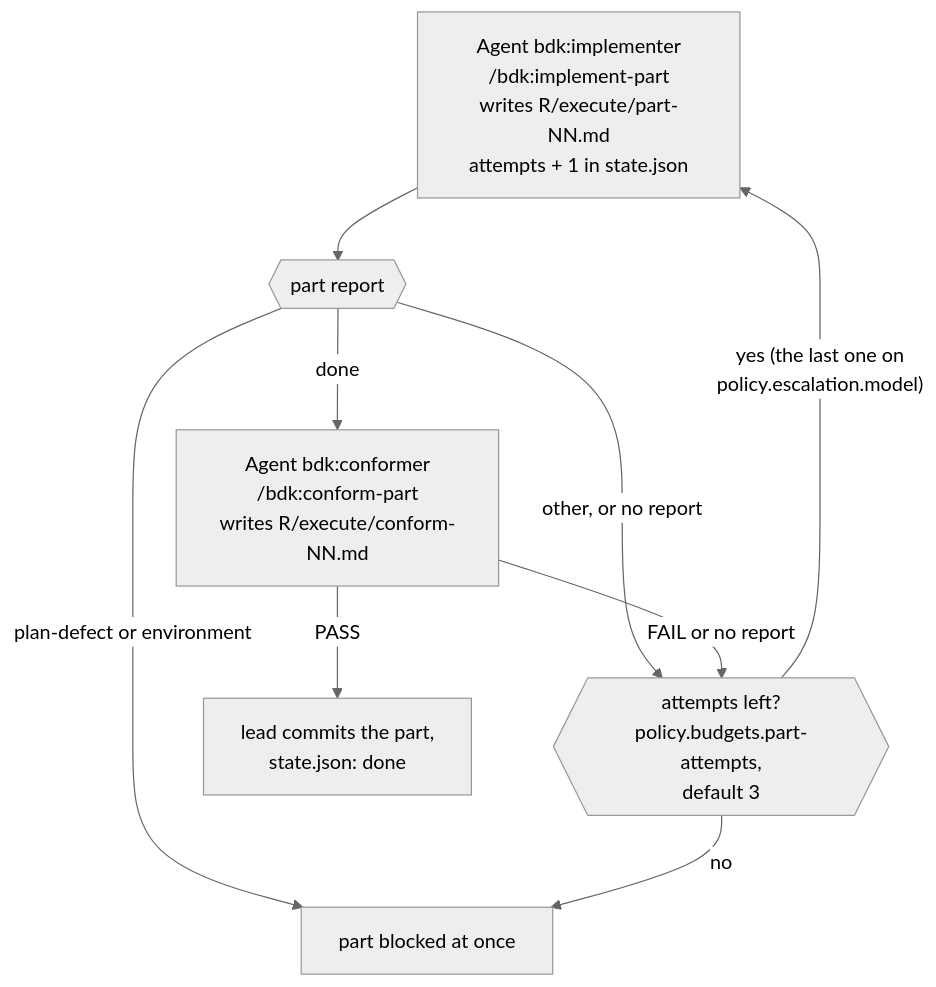
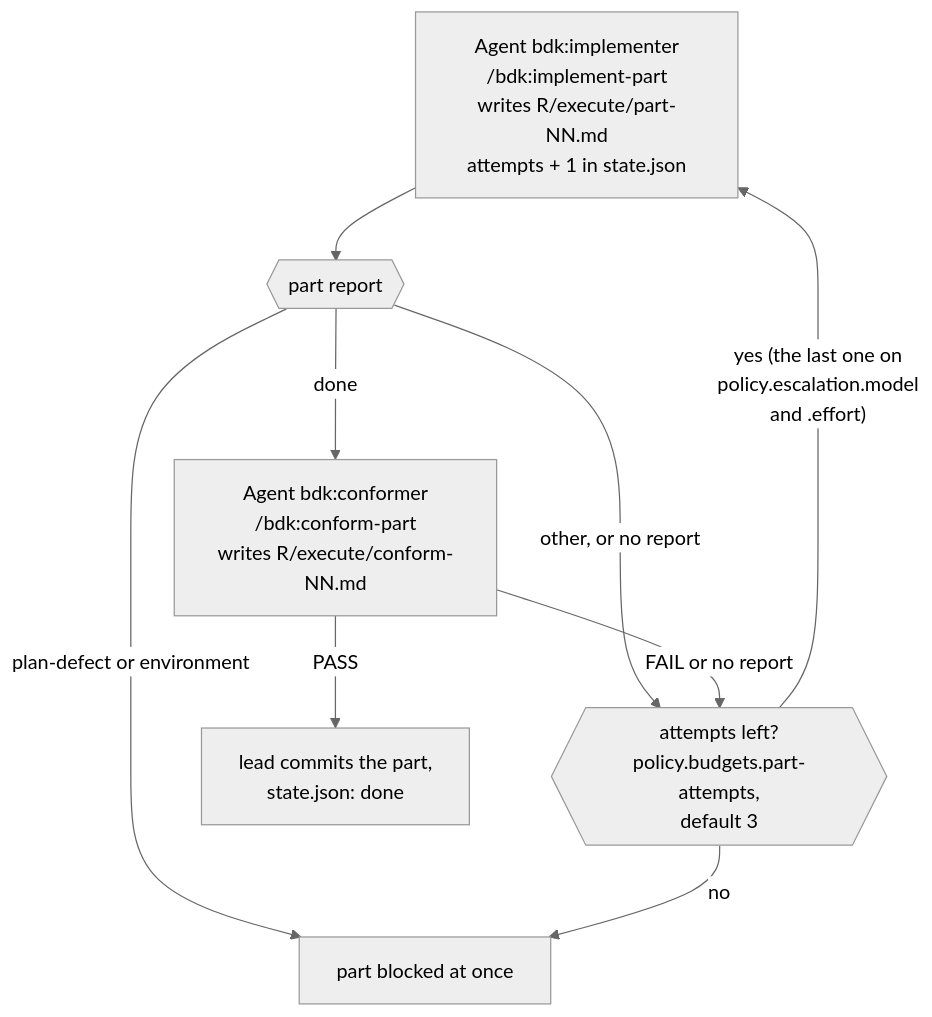
Before and after one commit to broneq/bdk: the seventh of 15 diagrams in docs/concepts/orchestrators.md, drawn with Mermaid (neutral theme). The commit also changed other lines of this file and 112 other files, not shown here.

First line of the commit message:
feat(bdk)!: model and effort per agent role, designer and planner agents

````diff
--- a/docs/concepts/orchestrators.md
+++ b/docs/concepts/orchestrators.md
@@ -131,12 +131,12 @@
 ```mermaid
 flowchart TB
   IMP["Agent bdk:implementer<br/>/bdk:implement-part<br/>writes R/execute/part-NN.md<br/>attempts + 1 in state.json"]
   IMP --> RI{{"part report"}}
   RI -->|"plan-defect or environment"| PB["part blocked at once"]
   RI -->|"other, or no report"| RETRY
   RI -->|"done"| CONF["Agent bdk:conformer<br/>/bdk:conform-part<br/>writes R/execute/conform-NN.md"]
   CONF -->|"FAIL or no report"| RETRY{{"attempts left?<br/>policy.budgets.part-attempts,<br/>default 3"}}
-  RETRY -->|"yes (the last one on<br/>policy.escalation.model)"| IMP
+  RETRY -->|"yes (the last one on<br/>policy.escalation.model<br/>and .effort)"| IMP
   RETRY -->|"no"| PB
   CONF -->|"PASS"| COM["lead commits the part,<br/>state.json: done"]
 ```
````
